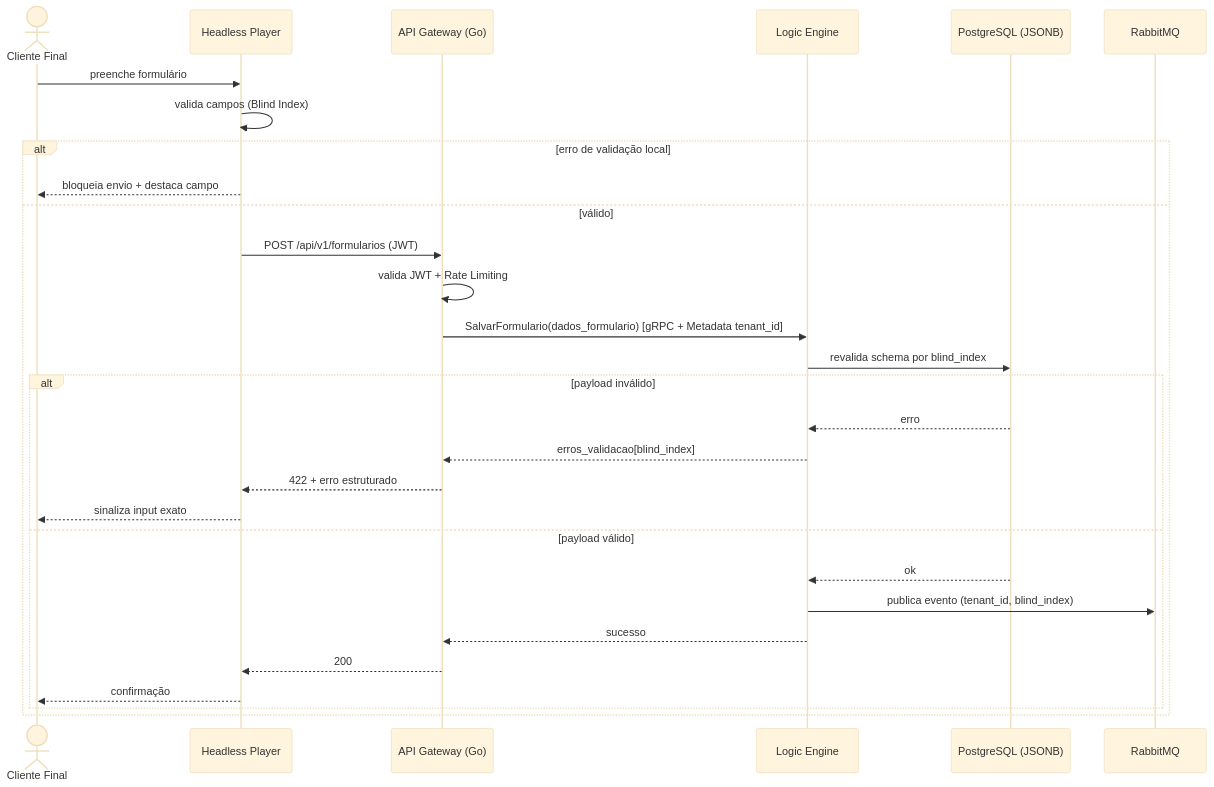
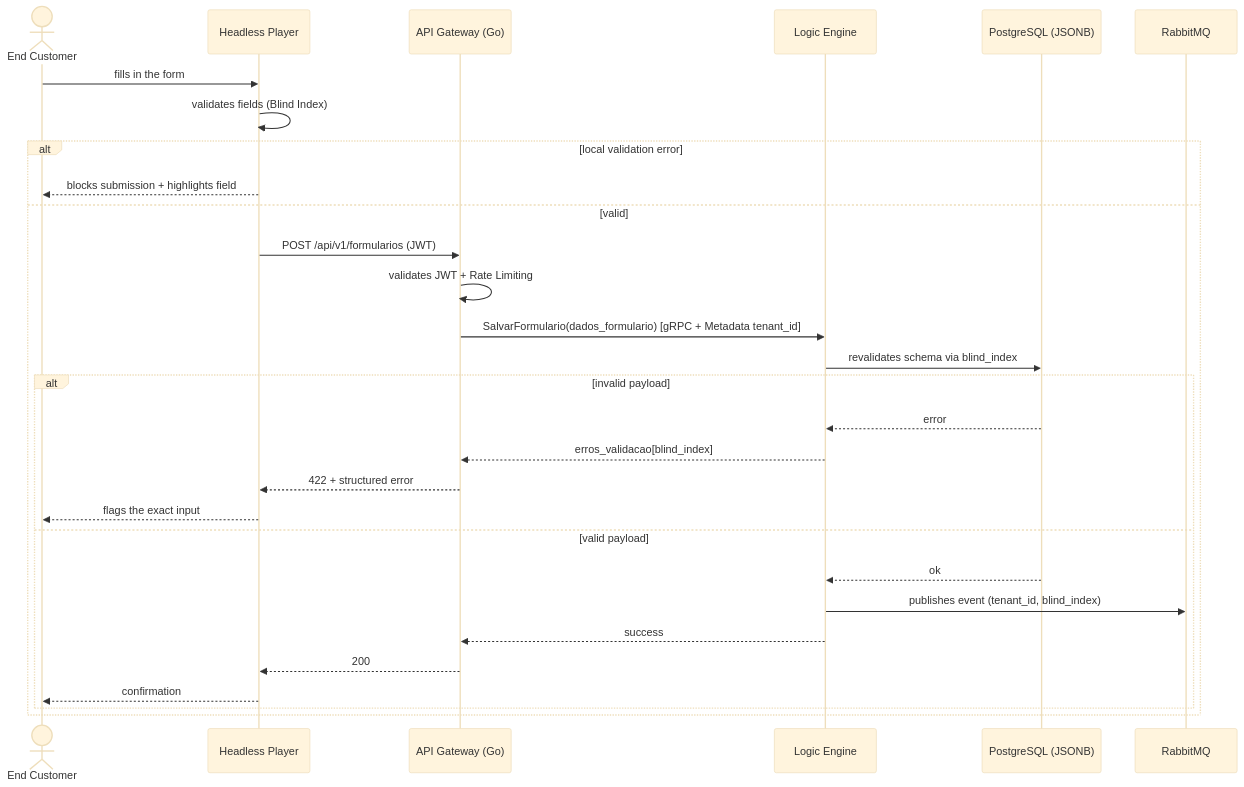
The second of 4 diagrams in specs/001-construtor-sistemas-mach-v4/spec.md (GiovaniRodrigo/arquitetura-mach-saas-nocode), drawn with Mermaid (base theme) before and after one commit. The commit also changed other lines of this file and 86 other files, not shown here.

````diff
--- a/specs/001-construtor-sistemas-mach-v4/spec.md
+++ b/specs/001-construtor-sistemas-mach-v4/spec.md
@@ -151,32 +151,32 @@
 ```mermaid
 sequenceDiagram
-    actor cliente as Cliente Final
+    actor cliente as End Customer
     participant player as Headless Player
     participant gw as API Gateway (Go)
     participant logic as Logic Engine
     participant db as PostgreSQL (JSONB)
     participant mq as RabbitMQ
 
-    cliente->>player: preenche formulário
-    player->>player: valida campos (Blind Index)
-    alt erro de validação local
-        player-->>cliente: bloqueia envio + destaca campo
-    else válido
+    cliente->>player: fills in the form
+    player->>player: validates fields (Blind Index)
+    alt local validation error
+        player-->>cliente: blocks submission + highlights field
+    else valid
         player->>gw: POST /api/v1/formularios (JWT)
-        gw->>gw: valida JWT + Rate Limiting
+        gw->>gw: validates JWT + Rate Limiting
         gw->>logic: SalvarFormulario(dados_formulario) [gRPC + Metadata tenant_id]
-        logic->>db: revalida schema por blind_index
-        alt payload inválido
-            db-->>logic: erro
+        logic->>db: revalidates schema via blind_index
+        alt invalid payload
+            db-->>logic: error
             logic-->>gw: erros_validacao[blind_index]
-            gw-->>player: 422 + erro estruturado
-            player-->>cliente: sinaliza input exato
-        else payload válido
+            gw-->>player: 422 + structured error
+            player-->>cliente: flags the exact input
+        else valid payload
             db-->>logic: ok
-            logic->>mq: publica evento (tenant_id, blind_index)
-            logic-->>gw: sucesso
+            logic->>mq: publishes event (tenant_id, blind_index)
+            logic-->>gw: success
             gw-->>player: 200
-            player-->>cliente: confirmação
+            player-->>cliente: confirmation
         end
     end
 ```
````
